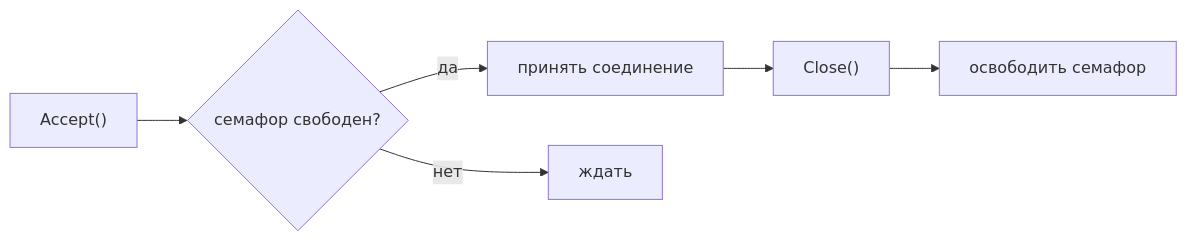
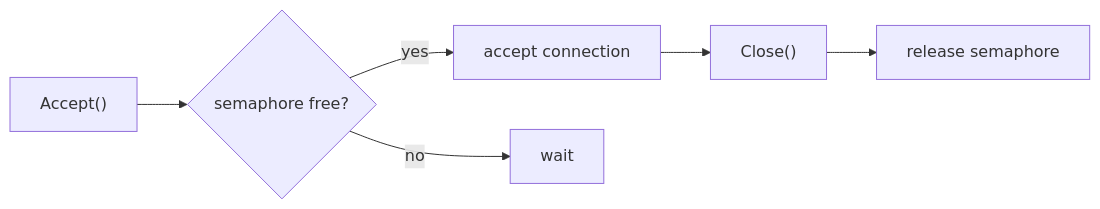
Before and after one commit to voluminor/ratatoskr: the second of 3 diagrams in mod/socks/README.md, drawn with Mermaid. The commit also changed other lines of this file and 6 other files, not shown here.

````diff
--- a/mod/socks/README.md
+++ b/mod/socks/README.md
@@ -99,8 +100,8 @@
 ```mermaid
 flowchart LR
-    Accept["Accept()"] --> Sem{"семафор свободен?"}
-    Sem -->|" да "| Conn["принять соединение"]
-    Sem -->|" нет "| Block["ждать"]
+    Accept["Accept()"] --> Sem{"semaphore free?"}
+    Sem -->|" yes "| Conn["accept connection"]
+    Sem -->|" no "| Block["wait"]
     Conn --> Close["Close()"]
-    Close --> Release["освободить семафор"]
+    Close --> Release["release semaphore"]
 ```
````
